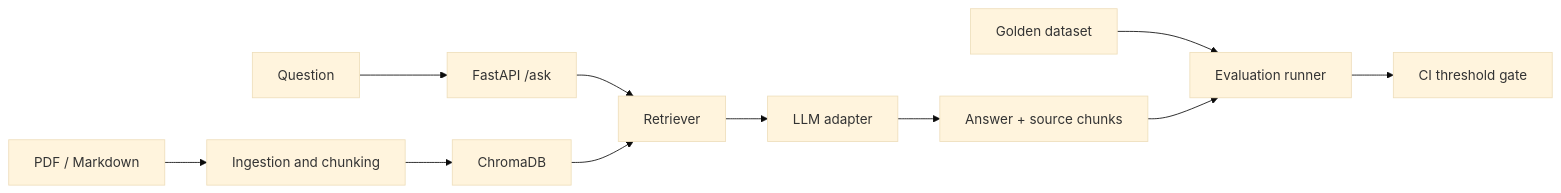
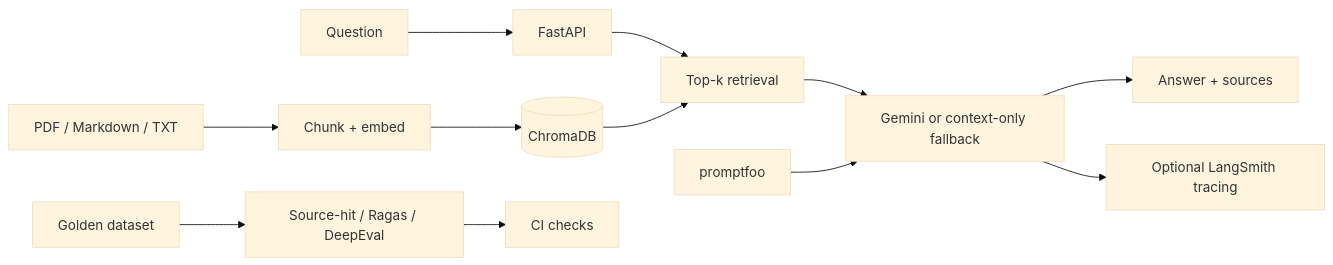
The diagram in rag-eval-pipeline/README.md (Gorak7/gorak7), drawn with Mermaid (base theme) before and after one commit. The commit also changed other lines of this file, not shown here.

Commit message:
Align project implementation and status documentation: rag-eval-pipeline/README.md

````diff
--- a/rag-eval-pipeline/README.md
+++ b/rag-eval-pipeline/README.md
@@ -6,13 +6,14 @@
 ```mermaid
 flowchart LR
- D[PDF / Markdown] --> I[Ingestion and chunking]
- I --> V[ChromaDB]
- Q[Question] --> A[FastAPI /ask]
- A --> R[Retriever]
+ D[PDF / Markdown / TXT] --> I[Chunk + embed]
+ I --> V[(ChromaDB)]
+ Q[Question] --> A[FastAPI]
+ A --> R[Top-k retrieval]
  V --> R
- R --> L[LLM adapter]
- L --> O[Answer + source chunks]
- G[Golden dataset] --> E[Evaluation runner]
- O --> E
- E --> C[CI threshold gate]
+ R --> L[Gemini or context-only fallback]
+ L --> O[Answer + sources]
+ G[Golden dataset] --> E[Source-hit / Ragas / DeepEval]
+ E --> C[CI checks]
+ P[promptfoo] --> L
+ L --> T[Optional LangSmith tracing]
 ```
````
